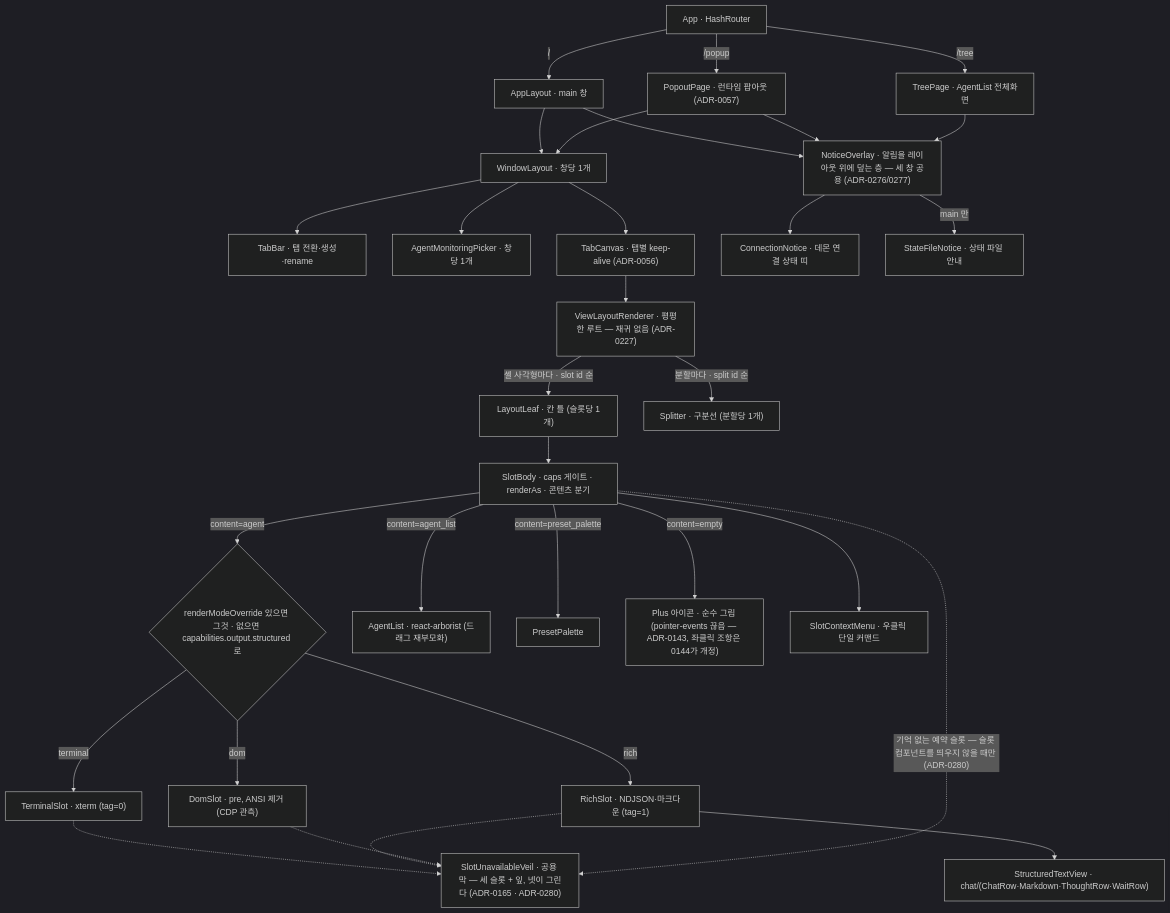
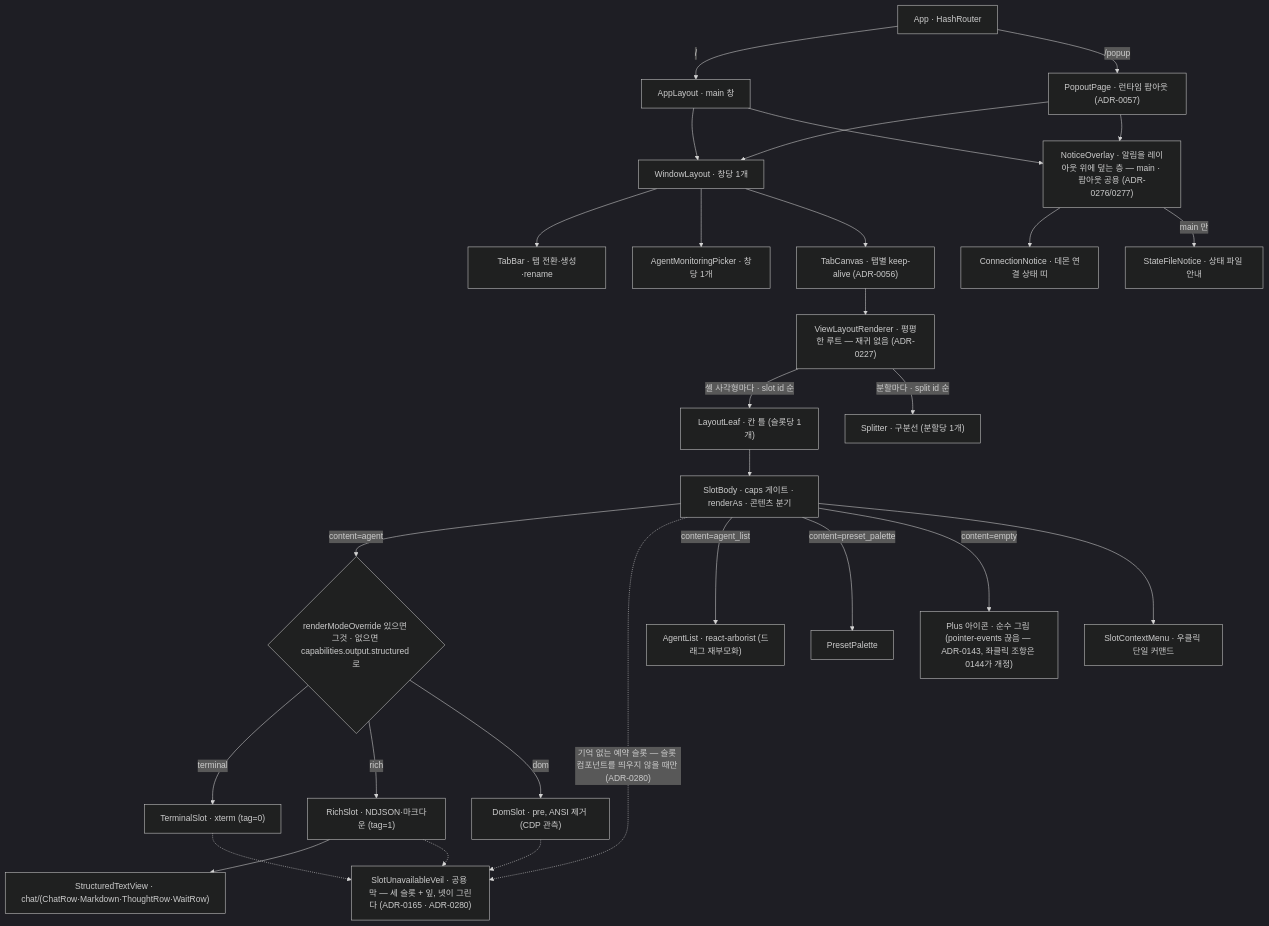
Diagram 12 of 20 in docs/reference/architecture-overview.md (kimsunzun/engram-dashboard), drawn with Mermaid (dark theme) before and after one commit. The commit also changed other lines of this file and 7 other files, not shown here.

````diff
--- a/docs/reference/architecture-overview.md
+++ b/docs/reference/architecture-overview.md
@@ -547,35 +547,33 @@
 ```mermaid
 flowchart TD
   App["App · HashRouter"]
   App -->|"/"| AL0["AppLayout · main 창"]
-  App -->|"/tree"| TP["TreePage · AgentList 전체화면"]
   App -->|"/popup"| PO["PopoutPage · 런타임 팝아웃 (ADR-0057)"]
 
   AL0 --> WLnode["WindowLayout · 창당 1개"]
   PO --> WLnode
   WLnode --> TB["TabBar · 탭 전환·생성·rename"]
   WLnode --> AMP["AgentMonitoringPicker · 창당 1개"]
   WLnode --> TC["TabCanvas · 탭별 keep-alive (ADR-0056)"]
   TC --> VLR["ViewLayoutRenderer · 평평한 루트 — 재귀 없음 (ADR-0227)"]
   VLR -->|"셸 사각형마다 · slot id 순"| LL["LayoutLeaf · 칸 틀 (슬롯당 1개)"]
   VLR -->|"분할마다 · split id 순"| SPL["Splitter · 구분선 (분할당 1개)"]
   LL --> SB["SlotBody · caps 게이트 · renderAs · 콘텐츠 분기"]
   SB -->|"content=agent"| CAP{"renderModeOverride 있으면 그것 · 없으면 capabilities.output.structured 로"}
   CAP -->|"terminal"| TS["TerminalSlot · xterm (tag=0)"]
   CAP -->|"rich"| RS["RichSlot · NDJSON·마크다운 (tag=1)"]
   CAP -->|"dom"| DS["DomSlot · pre, ANSI 제거 (CDP 관측)"]
   RS --> STV["StructuredTextView · chat/(ChatRow·Markdown·ThoughtRow·WaitRow)"]
   TS -.-> VEIL2["SlotUnavailableVeil · 공용 막 — 세 슬롯 + 잎, 넷이 그린다 (ADR-0165 · ADR-0280)"]
   RS -.-> VEIL2
   DS -.-> VEIL2
   SB -.->|"기억 없는 예약 슬롯 — 슬롯 컴포넌트를 띄우지 않을 때만 (ADR-0280)"| VEIL2
-  AL0 --> NOV["NoticeOverlay · 알림을 레이아웃 위에 덮는 층 — 세 창 공용 (ADR-0276/0277)"]
+  AL0 --> NOV["NoticeOverlay · 알림을 레이아웃 위에 덮는 층 — main · 팝아웃 공용 (ADR-0276/0277)"]
   PO --> NOV
-  TP --> NOV
   NOV --> CN["ConnectionNotice · 데몬 연결 상태 띠"]
   NOV -->|"main 만"| SFN["StateFileNotice · 상태 파일 안내"]
   SB -->|"content=agent_list"| ALa["AgentList · react-arborist (드래그 재부모화)"]
   SB -->|"content=preset_palette"| PP["PresetPalette"]
   SB -->|"content=empty"| EMPTY["Plus 아이콘 · 순수 그림 (pointer-events 끊음 — ADR-0143, 좌클릭 조항은 0144가 개정)"]
   SB --> SCM["SlotContextMenu · 우클릭 단일 커맨드"]
 ```
````
